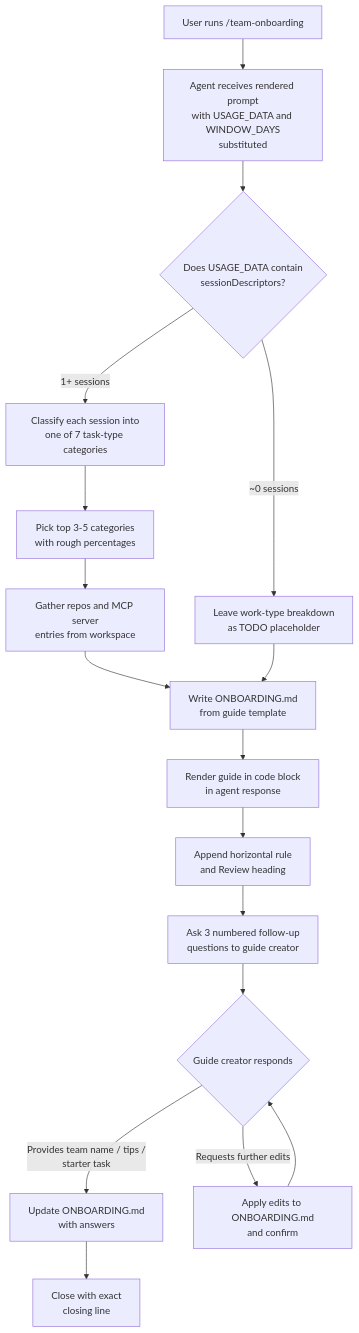
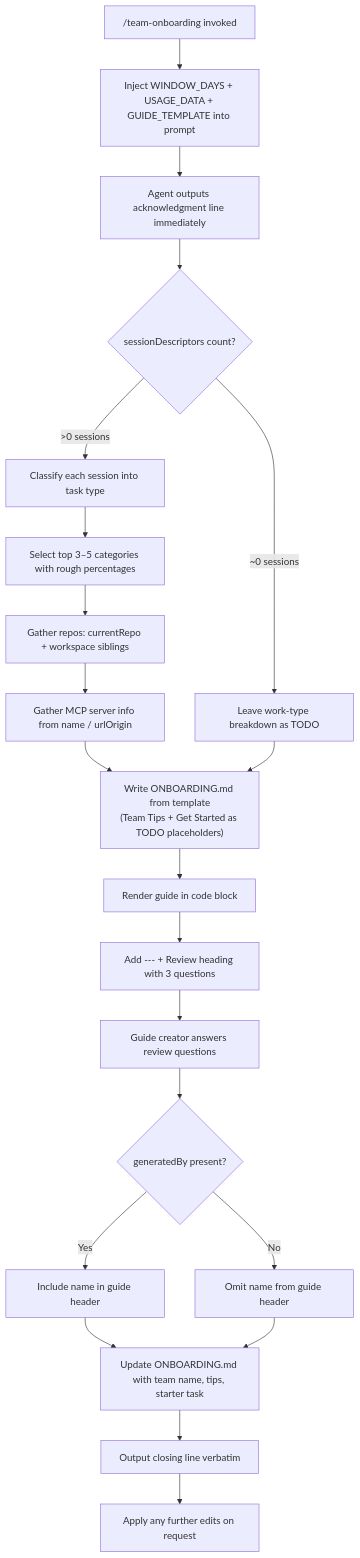
Before and after one commit to MyLittleLuckyDog/cc-gnothi: the diagram in versions/v2.1.158/team-onboarding.md, drawn with Mermaid. The commit also changed other lines of this file, not shown here.

First line of the commit message:
feat(docs): re-analyze v2.1.158 team-onboarding with denoised prompt body

````diff
--- a/versions/v2.1.158/team-onboarding.md
+++ b/versions/v2.1.158/team-onboarding.md
@@ -46,19 +48,23 @@
 ```mermaid
 flowchart TD
-    A[User runs /team-onboarding] --> B[Agent receives rendered prompt\nwith USAGE_DATA and WINDOW_DAYS\nsubstituted]
-    B --> C{Does USAGE_DATA contain\nsessionDescriptors?}
-    C -- "~0 sessions" --> D[Leave work-type breakdown\nas TODO placeholder]
-    C -- "1+ sessions" --> E[Classify each session into\none of 7 task-type categories]
-    E --> F[Pick top 3-5 categories\nwith rough percentages]
-    F --> G[Gather repos and MCP server\nentries from workspace]
-    G --> H[Write ONBOARDING.md\nfrom guide template]
-    D --> H
-    H --> I[Render guide in code block\nin agent response]
-    I --> J[Append horizontal rule\nand Review heading]
-    J --> K[Ask 3 numbered follow-up\nquestions to guide creator]
-    K --> L{Guide creator responds}
-    L -- "Provides team name / tips /\nstarter task" --> M[Update ONBOARDING.md\nwith answers]
-    M --> N[Close with exact\nclosing line]
-    L -- "Requests further edits" --> O[Apply edits to ONBOARDING.md\nand confirm]
-    O --> L
+    A["/team-onboarding invoked"] --> B["Inject WINDOW_DAYS + USAGE_DATA + GUIDE_TEMPLATE into prompt"]
+    B --> C["Agent outputs acknowledgment line immediately"]
+    C --> D{"sessionDescriptors count?"}
+    D -- "~0 sessions" --> E["Leave work-type breakdown as TODO"]
+    D -- ">0 sessions" --> F["Classify each session into task type"]
+    F --> G["Select top 3–5 categories with rough percentages"]
+    G --> H["Gather repos: currentRepo + workspace siblings"]
+    H --> I["Gather MCP server info from name / urlOrigin"]
+    I --> J["Write ONBOARDING.md from template\n(Team Tips + Get Started as TODO placeholders)"]
+    E --> J
+    J --> K["Render guide in code block"]
+    K --> L["Add --- + Review heading with 3 questions"]
+    L --> M["Guide creator answers review questions"]
+    M --> N{"generatedBy present?"}
+    N -- "Yes" --> O["Include name in guide header"]
+    N -- "No" --> P["Omit name from guide header"]
+    O --> Q["Update ONBOARDING.md with team name, tips, starter task"]
+    P --> Q
+    Q --> R["Output closing line verbatim"]
+    R --> S["Apply any further edits on request"]
 ```
````
